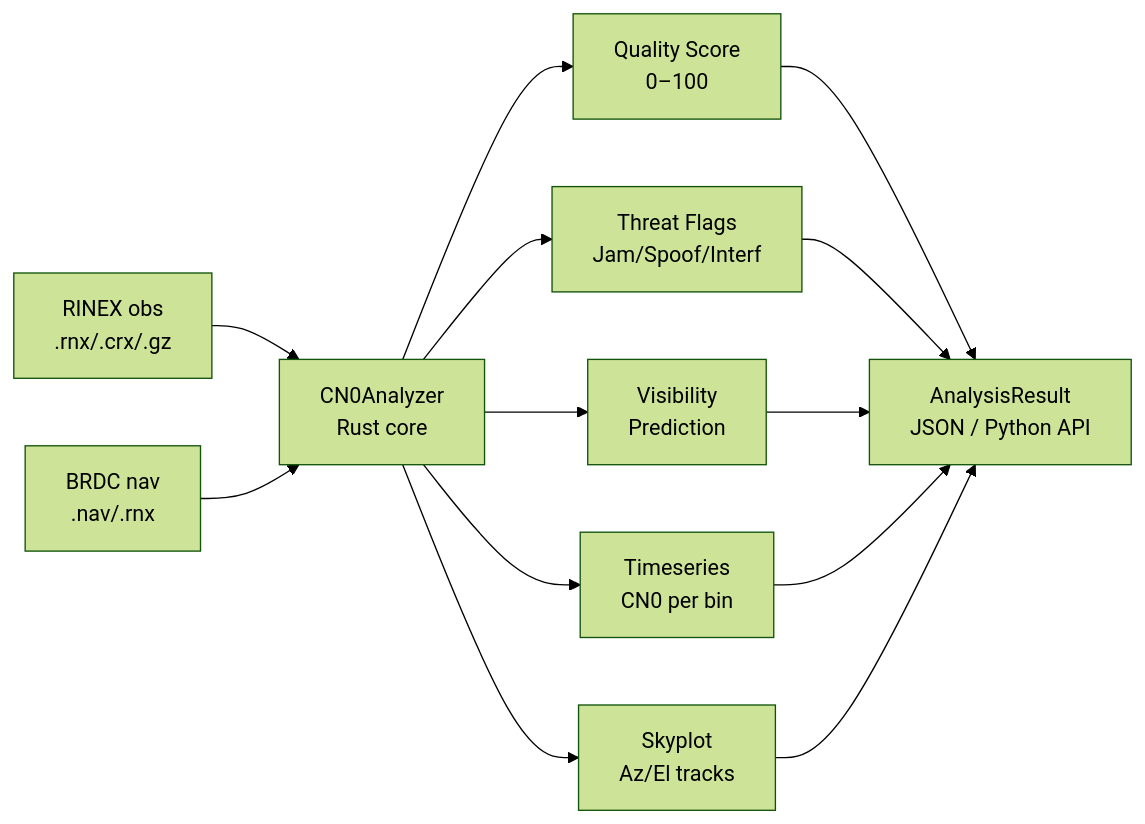
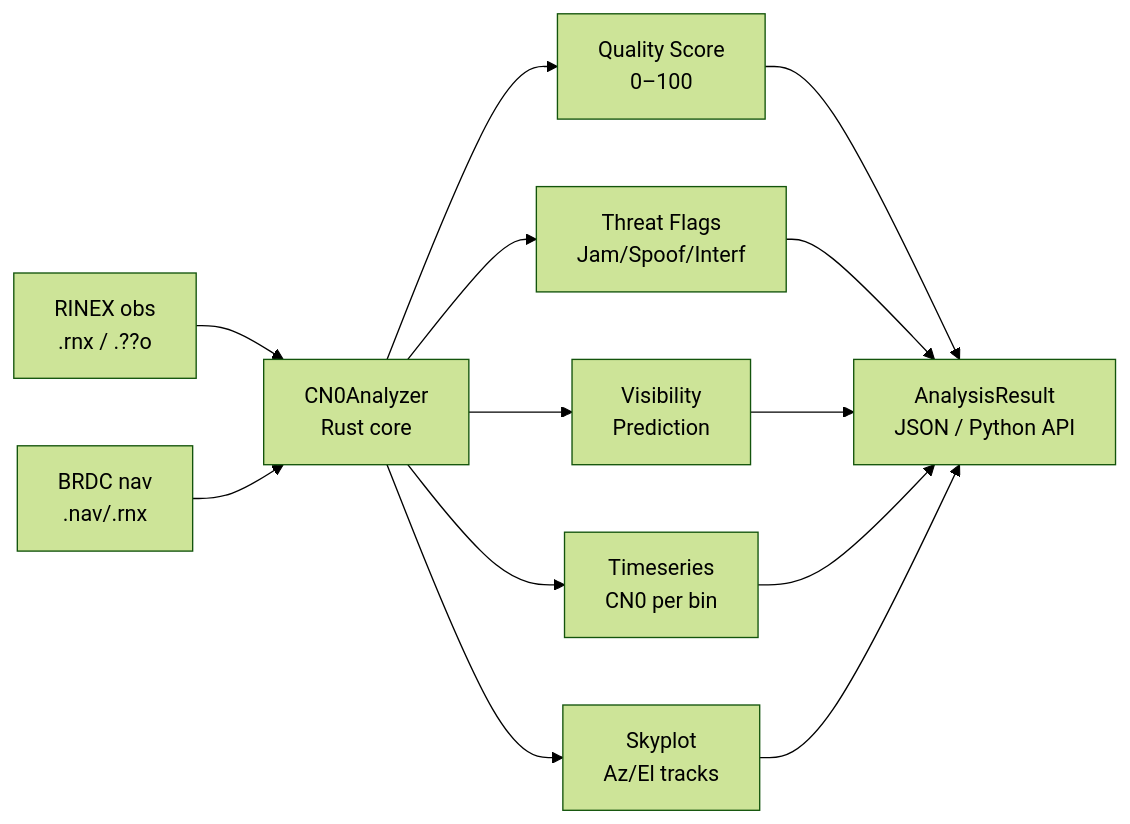
The diagram in README.md (miluta7/geoveil-cn0), drawn with Mermaid (forest theme) before and after one commit. The commit also changed other lines of this file and 18 other files, not shown here.

````diff
--- a/README.md
+++ b/README.md
@@ -143,11 +147,11 @@
 ```mermaid
 flowchart LR
-    A["RINEX obs\n.rnx/.crx/.gz"] --> C
+    A["RINEX obs\n.rnx / .??o"] --> C
     B["BRDC nav\n.nav/.rnx"] --> C
     C["CN0Analyzer\nRust core"] --> D["Quality Score\n0–100"]
     C --> E["Threat Flags\nJam/Spoof/Interf"]
     C --> F["Visibility\nPrediction"]
     C --> G["Timeseries\nCN0 per bin"]
     C --> H["Skyplot\nAz/El tracks"]
     D & E & F & G & H --> I["AnalysisResult\nJSON / Python API"]
 ```
````
